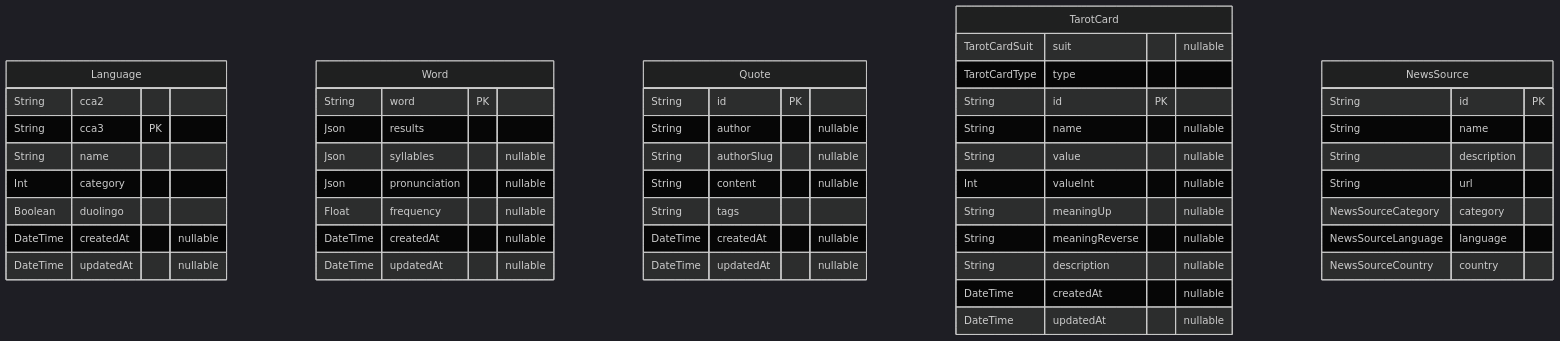
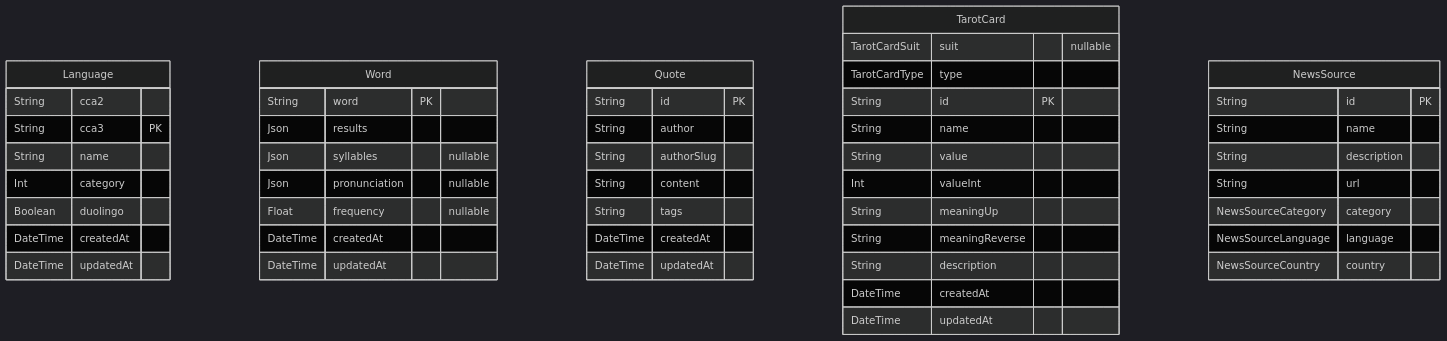
Before and after one commit to hieudoanm/hieudoanm.github.io: the diagram in app/broca/prisma/README.md, drawn with Mermaid (dark theme). The commit also changed 4 other files, not shown here.

````diff
--- a/app/broca/prisma/README.md
+++ b/app/broca/prisma/README.md
@@ -7,52 +7,52 @@
 ```mermaid
 erDiagram
 "Language" {
     String cca2
     String cca3 PK
     String name
     Int category
     Boolean duolingo
-    DateTime createdAt "nullable"
-    DateTime updatedAt "nullable"
+    DateTime createdAt
+    DateTime updatedAt
 }
 "Word" {
     String word PK
     Json results
     Json syllables "nullable"
     Json pronunciation "nullable"
     Float frequency "nullable"
-    DateTime createdAt "nullable"
-    DateTime updatedAt "nullable"
+    DateTime createdAt
+    DateTime updatedAt
 }
 "Quote" {
     String id PK
-    String author "nullable"
-    String authorSlug "nullable"
-    String content "nullable"
+    String author
+    String authorSlug
+    String content
     String tags
-    DateTime createdAt "nullable"
-    DateTime updatedAt "nullable"
+    DateTime createdAt
+    DateTime updatedAt
 }
 "TarotCard" {
     TarotCardSuit suit "nullable"
     TarotCardType type
     String id PK
-    String name "nullable"
-    String value "nullable"
-    Int valueInt "nullable"
-    String meaningUp "nullable"
-    String meaningReverse "nullable"
-    String description "nullable"
-    DateTime createdAt "nullable"
-    DateTime updatedAt "nullable"
+    String name
+    String value
+    Int valueInt
+    String meaningUp
+    String meaningReverse
+    String description
+    DateTime createdAt
+    DateTime updatedAt
 }
 "NewsSource" {
     String id PK
     String name
     String description
     String url
     NewsSourceCategory category
     NewsSourceLanguage language
     NewsSourceCountry country
 }
 ```
````
